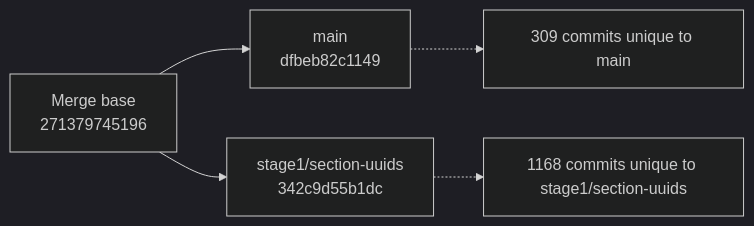
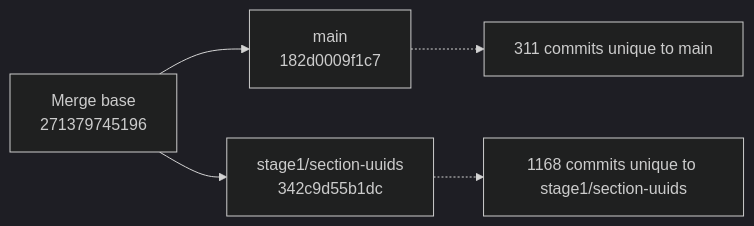
One commit to snoopdock/Finite_element_analysis_project changed the diagram in branch-graphify-results/latest/git-lineage.mmd. Above: the diagram before and after it, drawn with Mermaid (dark theme). The commit also changed 8 other files, not shown here.

Commit message:
Update Graphify branch analysis [skip ci]

```diff
--- a/branch-graphify-results/latest/git-lineage.mmd
+++ b/branch-graphify-results/latest/git-lineage.mmd
@@ -1,10 +1,10 @@
 flowchart LR
   MB["Merge base<br/>271379745196"]
-  B["main<br/>dfbeb82c1149"]
+  B["main<br/>182d0009f1c7"]
   C["stage1/section-uuids<br/>342c9d55b1dc"]
   MB --> B
   MB --> C
-  B_note["309 commits unique to main"]
+  B_note["311 commits unique to main"]
   C_note["1168 commits unique to stage1/section-uuids"]
   B -.-> B_note
   C -.-> C_note
```
